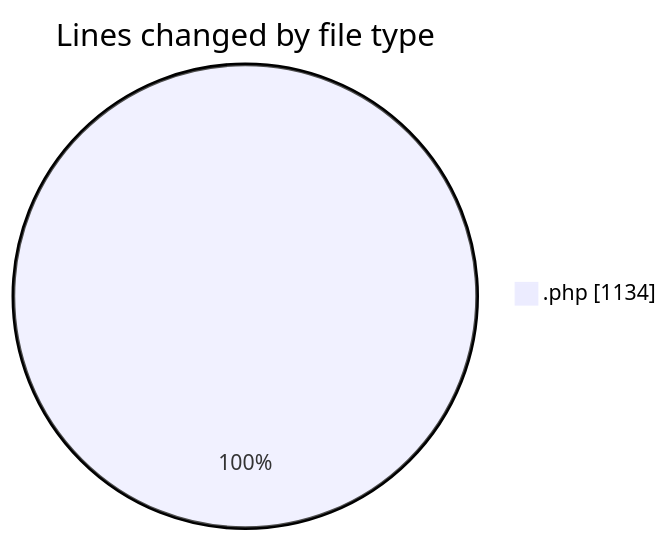
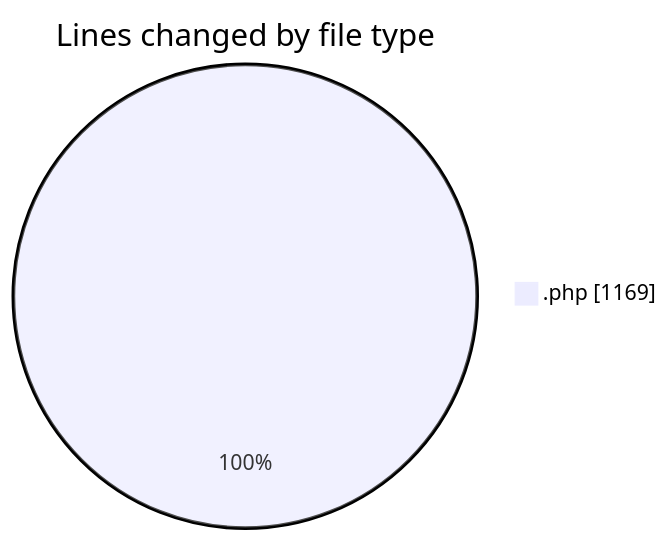
Before and after one commit to debugP/code-tracking: the first of 2 diagrams in 2025-10-14/untitled__workspace_/README.md, drawn with Mermaid. The commit also changed other lines of this file and 1 other file, not shown here.

````diff
--- a/2025-10-14/untitled__workspace_/README.md
+++ b/2025-10-14/untitled__workspace_/README.md
@@ -20,5 +20,5 @@
 ```mermaid
 pie showData
 title Lines changed by file type
-".php" : 1134
+".php" : 1169
 ```
````
